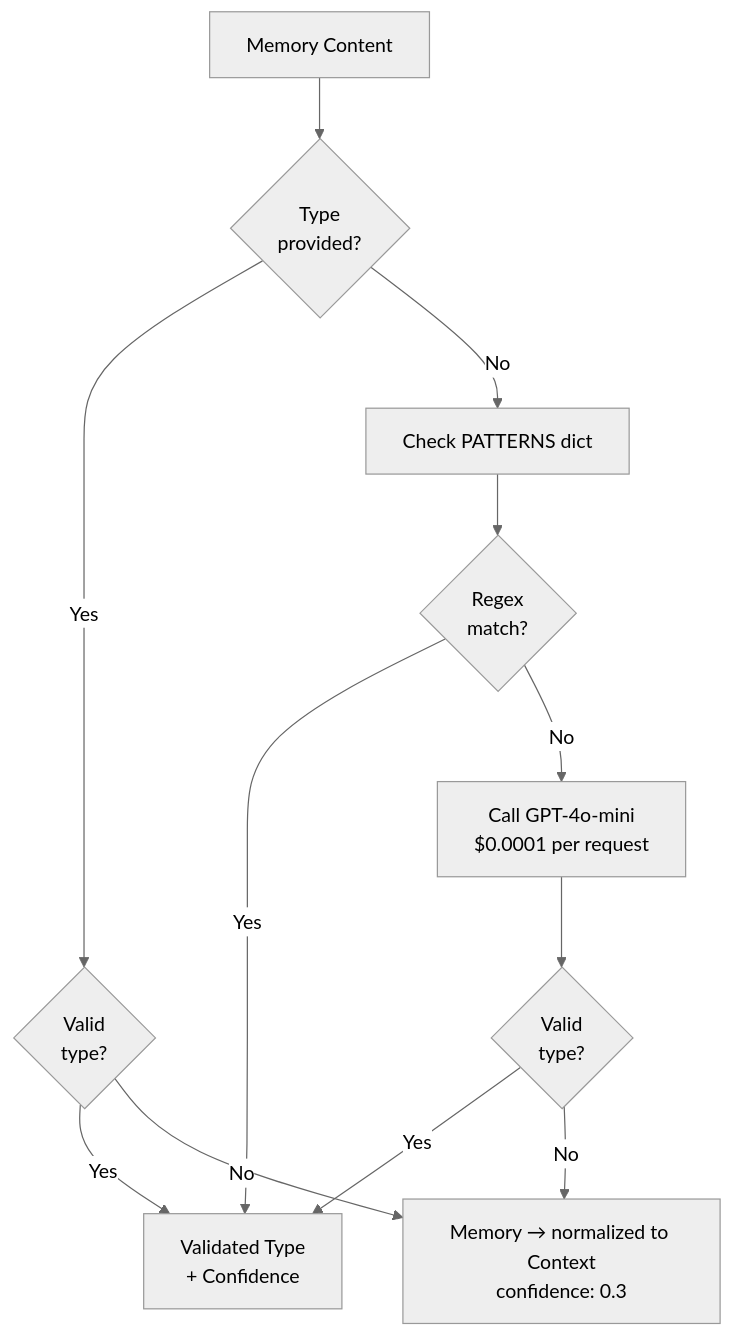
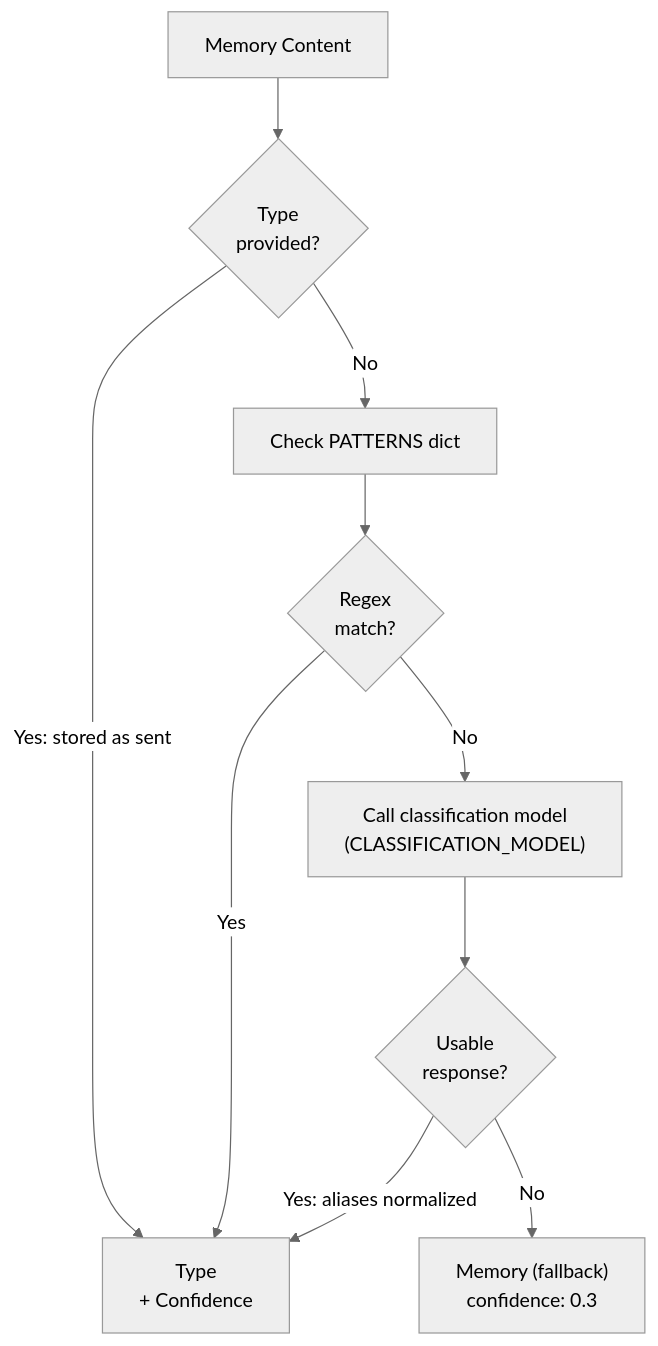
The third of 6 diagrams in src/content/docs/docs/core-concepts/memory-model.md (verygoodplugins/automem-website), drawn with Mermaid (neutral theme) before and after one commit. The commit also changed other lines of this file and 1 other file, not shown here.

First line of the commit message:
docs: align memory model with AutoMem 0.16.2 recall, embedding, and classification behavior (#398)

````diff
--- a/src/content/docs/docs/core-concepts/memory-model.md
+++ b/src/content/docs/docs/core-concepts/memory-model.md
@@ -139,32 +140,28 @@
 ```mermaid
 graph TB
     Start["Memory Content"]
 
     Explicit{"Type<br/>provided?"}
-    Validate{"Valid<br/>type?"}
 
     Regex["Check PATTERNS dict"]
     Match{"Regex<br/>match?"}
 
-    LLM["Call GPT-4o-mini<br/>$0.0001 per request"]
-    LLMValid{"Valid<br/>type?"}
+    LLM["Call classification model<br/>(CLASSIFICATION_MODEL)"]
+    LLMValid{"Usable<br/>response?"}
 
-    Decision["Validated Type<br/>+ Confidence"]
-    Fallback["Memory → normalized to Context<br/>confidence: 0.3"]
+    Decision["Type<br/>+ Confidence"]
+    Fallback["Memory (fallback)<br/>confidence: 0.3"]
 
     Start --> Explicit
 
-    Explicit -->|Yes| Validate
+    Explicit -->|"Yes: stored as sent"| Decision
     Explicit -->|No| Regex
-
-    Validate -->|Yes| Decision
-    Validate -->|No| Fallback
 
     Regex --> Match
     Match -->|Yes| Decision
     Match -->|No| LLM
 
     LLM --> LLMValid
-    LLMValid -->|Yes| Decision
+    LLMValid -->|"Yes: aliases normalized"| Decision
     LLMValid -->|No| Fallback
 ```
````
